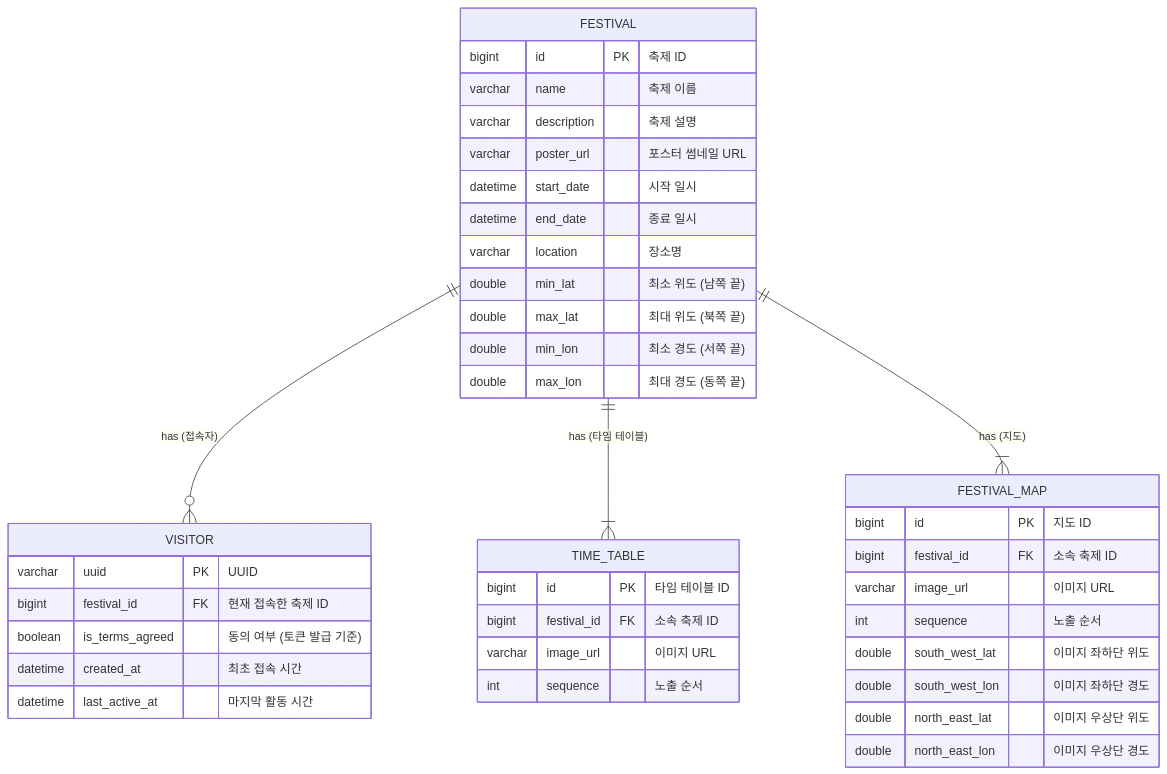
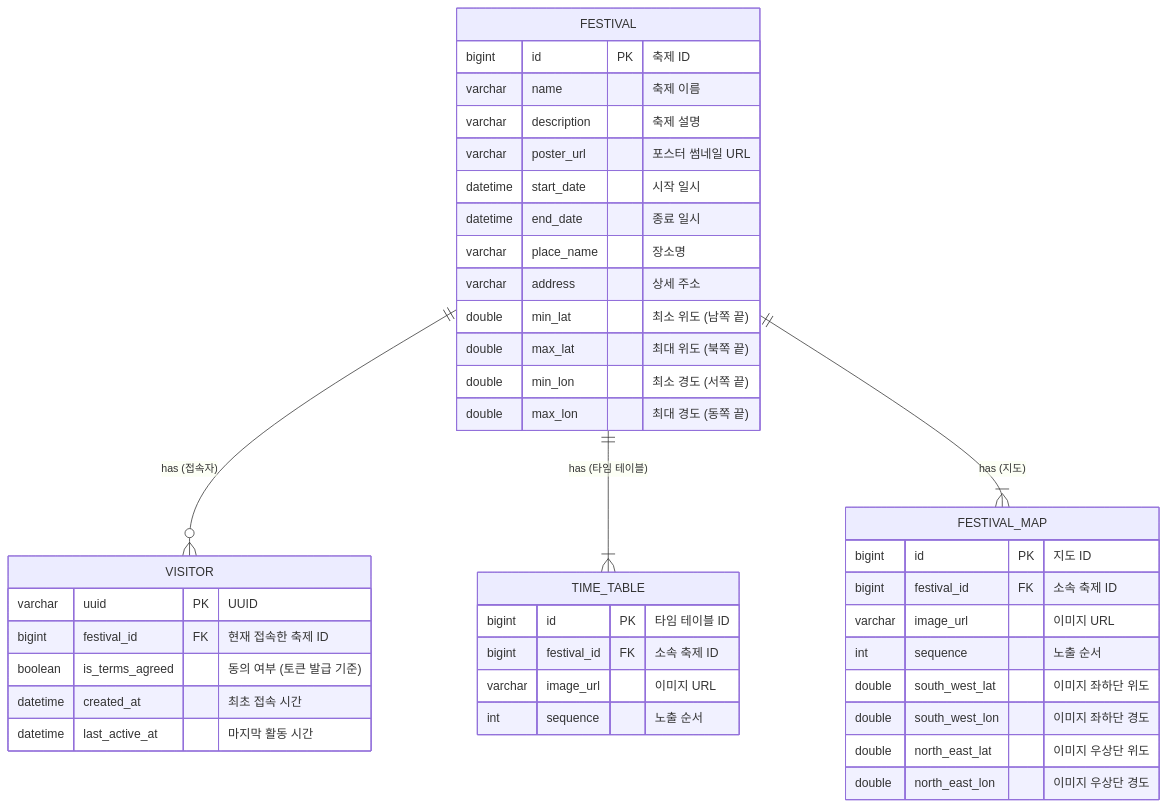
Before and after one commit to wagle-project/wagle-server: the diagram in docs/erd.md, drawn with Mermaid.

Commit message:
feat: 축제 테이블의 location 필드 장소명과 상세 주소로 변경

````diff
--- a/docs/erd.md
+++ b/docs/erd.md
@@ -3,50 +3,51 @@
 ```mermaid
 erDiagram
     FESTIVAL ||--o{ VISITOR : "has (접속자)"
     FESTIVAL ||--|{ TIME_TABLE : "has (타임 테이블)"
     FESTIVAL ||--|{ FESTIVAL_MAP : "has (지도)"
 
 		VISITOR {
         varchar uuid PK "UUID"
         bigint festival_id FK "현재 접속한 축제 ID"
         boolean is_terms_agreed "동의 여부 (토큰 발급 기준)"
         datetime created_at "최초 접속 시간"
         datetime last_active_at "마지막 활동 시간"
     }
 
 		FESTIVAL {
         bigint id PK "축제 ID"
         varchar name "축제 이름"
         varchar description "축제 설명"
         varchar poster_url "포스터 썸네일 URL"
         datetime start_date "시작 일시"
         datetime end_date "종료 일시"
-        varchar location "장소명"
-        
+        varchar place_name "장소명"
+        varchar address "상세 주소"    
+            
         %% 축제 허용 범위
         double min_lat "최소 위도 (남쪽 끝)"
         double max_lat "최대 위도 (북쪽 끝)"
         double min_lon "최소 경도 (서쪽 끝)"
         double max_lon "최대 경도 (동쪽 끝)"
     }
 
     TIME_TABLE {
         bigint id PK "타임 테이블 ID"
         bigint festival_id FK "소속 축제 ID"
         varchar image_url "이미지 URL"
         int sequence "노출 순서"
     }
     
     FESTIVAL_MAP {
         bigint id PK "지도 ID"
         bigint festival_id FK "소속 축제 ID"
         varchar image_url "이미지 URL"
         int sequence "노출 순서"
         
         %% 이미지를 지도에 매핑하기 위한 좌표 (Ground Overlay용)
         double south_west_lat "이미지 좌하단 위도"
         double south_west_lon "이미지 좌하단 경도"
         double north_east_lat "이미지 우상단 위도"
         double north_east_lon "이미지 우상단 경도"
     }
 ```
````
